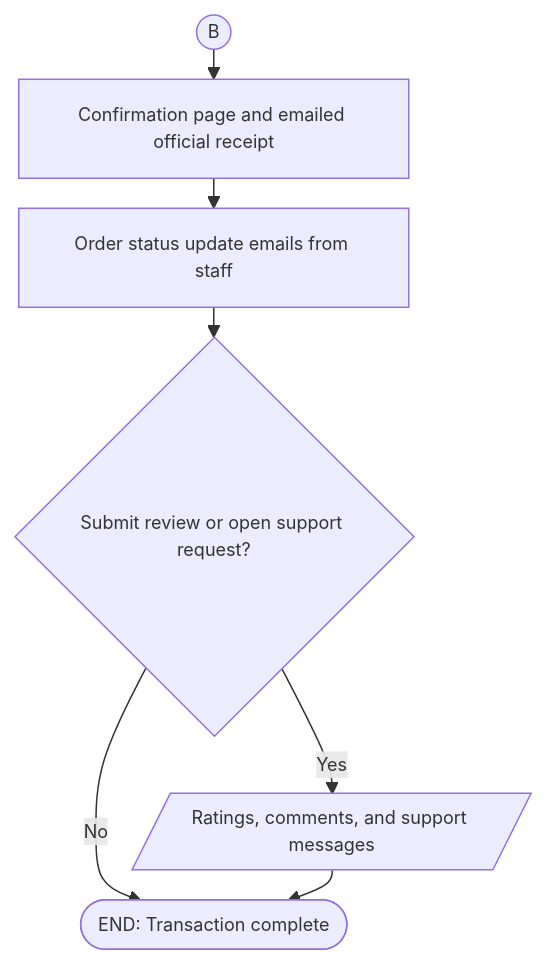
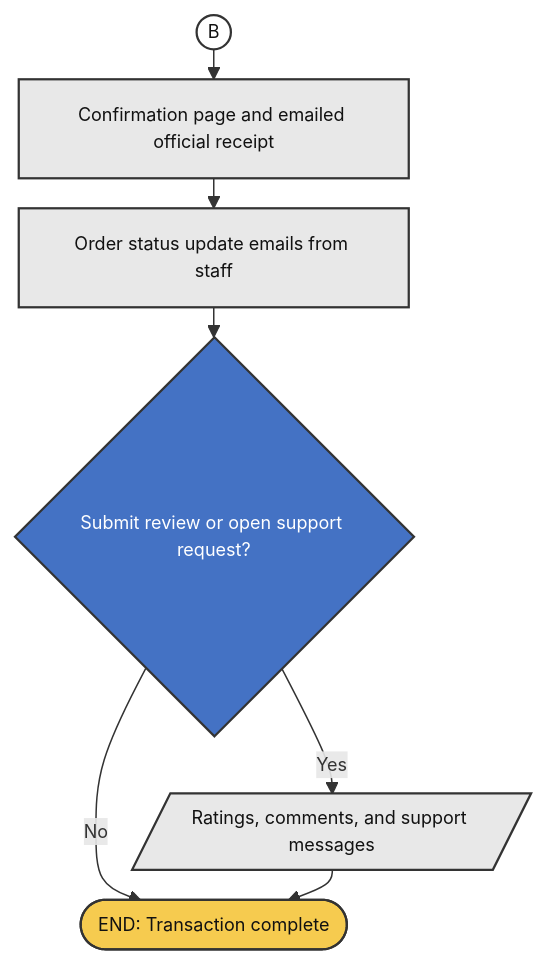
Before and after one commit to banderitax5/whiskers-prototype: the fourth of 8 diagrams in docs/system-flowcharts.md, drawn with Mermaid. The commit also changed other lines of this file, not shown here.

Commit message:
docs: capstone color scheme for flowcharts - yellow terminators, blue decisions, gray steps

````diff
--- a/docs/system-flowcharts.md
+++ b/docs/system-flowcharts.md
@@ -71,10 +98,18 @@
 ```mermaid
 %%{init: {"flowchart": {"nodeSpacing": 12, "rankSpacing": 20}, "themeVariables": {"fontSize": "12px"}}}%%
 flowchart TD
     KB2(("B")) --> CF["Confirmation page and emailed official receipt"]
     CF --> ST["Order status update emails from staff"]
     ST --> FB{"Submit review or open support request?"}
     FB -- Yes --> RV[/Ratings, comments, and support messages/]
     FB -- No --> E(["END: Transaction complete"])
     RV --> E
+    classDef term fill:#F6CB4F,stroke:#333333,stroke-width:1.5px,color:#111111
+    classDef proc fill:#E8E8E8,stroke:#333333,stroke-width:1.5px,color:#111111
+    classDef dec fill:#4472C4,stroke:#333333,stroke-width:1.5px,color:#FFFFFF
+    classDef conn fill:#FFFFFF,stroke:#333333,stroke-width:1.5px,color:#111111
+    class FB dec
+    class CF,ST,RV proc
+    class E term
+    class KB2 conn
 ```
````
